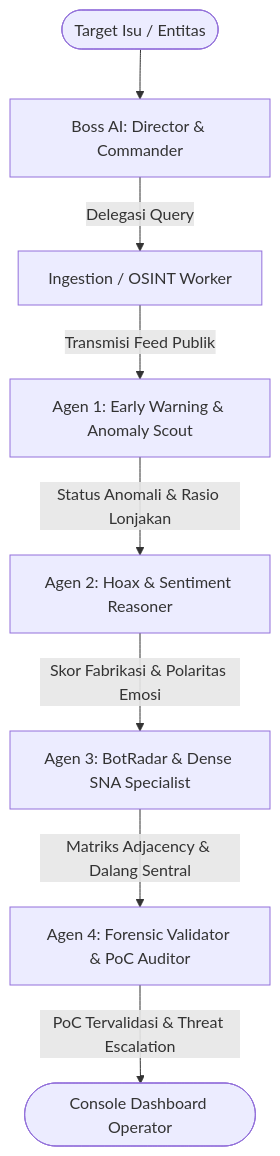
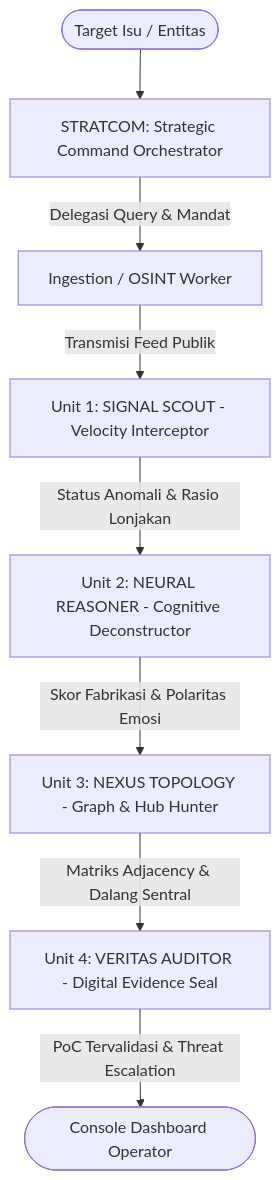
The diagram in README.md (4asec/NusaVision), drawn with Mermaid before and after one commit. The commit also changed other lines of this file and 15 other files, not shown here.

````diff
--- a/README.md
+++ b/README.md
@@ -55,10 +55,10 @@
 ```mermaid
 graph TD
-    User([Target Isu / Entitas]) --> Boss[Boss AI: Director & Commander]
-    Boss -->|Delegasi Query| Scraper[Ingestion / OSINT Worker]
-    Scraper -->|Transmisi Feed Publik| Agent1[Agen 1: Early Warning & Anomaly Scout]
-    Agent1 -->|Status Anomali & Rasio Lonjakan| Agent2[Agen 2: Hoax & Sentiment Reasoner]
-    Agent2 -->|Skor Fabrikasi & Polaritas Emosi| Agent3[Agen 3: BotRadar & Dense SNA Specialist]
-    Agent3 -->|Matriks Adjacency & Dalang Sentral| Agent4[Agen 4: Forensic Validator & PoC Auditor]
-    Agent4 -->|PoC Tervalidasi & Threat Escalation| UI([Console Dashboard Operator])
+    User([Target Isu / Entitas]) --> Stratcom[STRATCOM: Strategic Command Orchestrator]
+    Stratcom -->|Delegasi Query & Mandat| Scraper[Ingestion / OSINT Worker]
+    Scraper -->|Transmisi Feed Publik| Scout[Unit 1: SIGNAL SCOUT - Velocity Interceptor]
+    Scout -->|Status Anomali & Rasio Lonjakan| Reasoner[Unit 2: NEURAL REASONER - Cognitive Deconstructor]
+    Reasoner -->|Skor Fabrikasi & Polaritas Emosi| Nexus[Unit 3: NEXUS TOPOLOGY - Graph & Hub Hunter]
+    Nexus -->|Matriks Adjacency & Dalang Sentral| Veritas[Unit 4: VERITAS AUDITOR - Digital Evidence Seal]
+    Veritas -->|PoC Tervalidasi & Threat Escalation| UI([Console Dashboard Operator])
 ```
````
